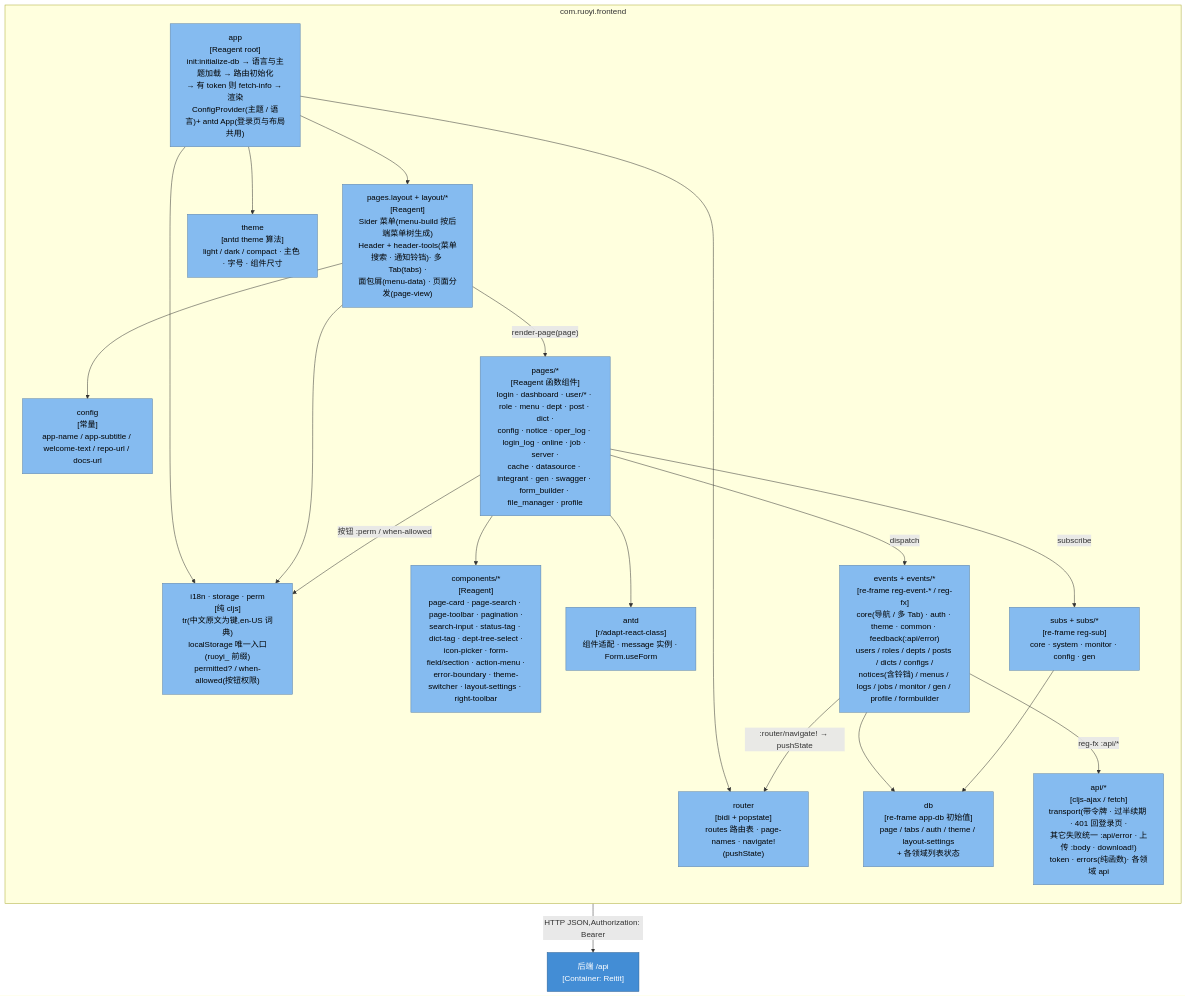
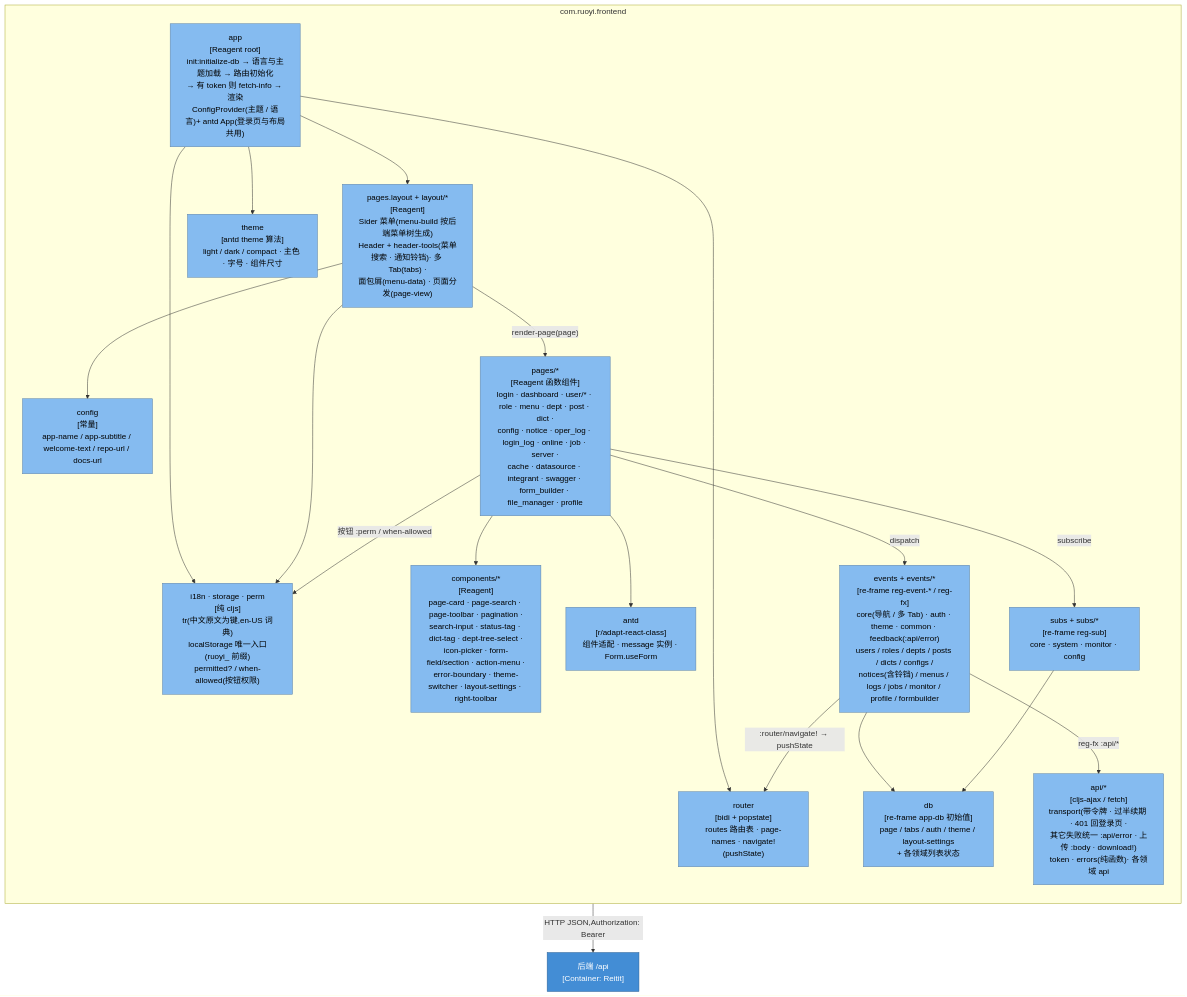
Before and after one commit to RedCreationTech/clj-cljs-template: the fifth of 14 diagrams in docs/architecture/c4-model.org, drawn with Mermaid. The commit also changed other lines of this file and 50 other files, not shown here.

```diff
--- a/docs/architecture/c4-model.org
+++ b/docs/architecture/c4-model.org
@@ -275,39 +272,39 @@
 #+begin_src mermaid :file img/c4-frontend-components.svg :exports results
 flowchart TB
   backend["后端 /api<br/>[Container: Reitit]"]:::container
   subgraph SPA["com.ruoyi.frontend"]
     direction TB
     app["app<br/>[Reagent root]<br/>init:initialize-db → 语言与主题加载 → 路由初始化<br/>→ 有 token 则 fetch-info → 渲染<br/>ConfigProvider(主题 / 语言)+ antd App(登录页与布局共用)"]:::comp
     cfg["config<br/>[常量]<br/>app-name / app-subtitle / welcome-text / repo-url / docs-url"]:::comp
     router["router<br/>[bidi + popstate]<br/>routes 路由表 · page-names · navigate!(pushState)"]:::comp
     db["db<br/>[re-frame app-db 初始值]<br/>page / tabs / auth / theme / layout-settings<br/>+ 各领域列表状态"]:::comp
-    events["events + events/*<br/>[re-frame reg-event-* / reg-fx]<br/>core(导航 / 多 Tab) · auth · theme · common · feedback(:api/error)<br/>users / roles / depts / posts / dicts / configs /<br/>notices(含铃铛) / menus / logs / jobs / monitor / gen / profile / formbuilder"]:::comp
-    subs["subs + subs/*<br/>[re-frame reg-sub]<br/>core · system · monitor · config · gen"]:::comp
+    events["events + events/*<br/>[re-frame reg-event-* / reg-fx]<br/>core(导航 / 多 Tab) · auth · theme · common · feedback(:api/error)<br/>users / roles / depts / posts / dicts / configs /<br/>notices(含铃铛) / menus / logs / jobs / monitor / profile / formbuilder"]:::comp
+    subs["subs + subs/*<br/>[re-frame reg-sub]<br/>core · system · monitor · config"]:::comp
     api["api/*<br/>[cljs-ajax / fetch]<br/>transport(带令牌 · 过半续期 · 401 回登录页 ·<br/>其它失败统一 :api/error · 上传 :body · download!)<br/>token · errors(纯函数)· 各领域 api"]:::comp
     infra["i18n · storage · perm<br/>[纯 cljs]<br/>tr(中文原文为键,en-US 词典)<br/>localStorage 唯一入口(ruoyi_ 前缀)<br/>permitted? / when-allowed(按钮权限)"]:::comp
     antd["antd<br/>[r/adapt-react-class]<br/>组件适配 · message 实例 · Form.useForm"]:::comp
     layout["pages.layout + layout/*<br/>[Reagent]<br/>Sider 菜单(menu-build 按后端菜单树生成)<br/>Header + header-tools(菜单搜索 · 通知铃铛)· 多 Tab(tabs) ·<br/>面包屑(menu-data) · 页面分发(page-view)"]:::comp
-    pages["pages/*<br/>[Reagent 函数组件]<br/>login · dashboard · user/* · role · menu · dept · post · dict ·<br/>config · notice · oper_log · login_log · online · job · server ·<br/>cache · datasource · integrant · gen · swagger · form_builder · file_manager · profile"]:::comp
+    pages["pages/*<br/>[Reagent 函数组件]<br/>login · dashboard · user/* · role · menu · dept · post · dict ·<br/>config · notice · oper_log · login_log · online · job · server ·<br/>cache · datasource · integrant · swagger · form_builder · file_manager · profile"]:::comp
     comps["components/*<br/>[Reagent]<br/>page-card · page-search · page-toolbar · pagination ·<br/>search-input · status-tag · dict-tag · dept-tree-select ·<br/>icon-picker · form-field/section · action-menu ·<br/>error-boundary · theme-switcher · layout-settings · right-toolbar"]:::comp
     theme["theme<br/>[antd theme 算法]<br/>light / dark / compact · 主色 · 字号 · 组件尺寸"]:::comp
   end
   app --> router
   app --> layout
   app --> theme
   app --> infra
   layout --> cfg
   layout --> infra
   layout -- "render-page(page)" --> pages
   pages --> comps
   pages -- "按钮 :perm / when-allowed" --> infra
   pages --> antd
   pages -- dispatch --> events
   pages -- subscribe --> subs
   events --> db
   events -- "reg-fx :api/*" --> api
   events -- ":router/navigate! → pushState" --> router
   subs --> db
   api -- "HTTP JSON,Authorization: Bearer" --> backend
   classDef container fill:#438dd5,stroke:#2e6295,color:#fff
   classDef comp fill:#85bbf0,stroke:#5d82a8,color:#000
 #+end_src
```
